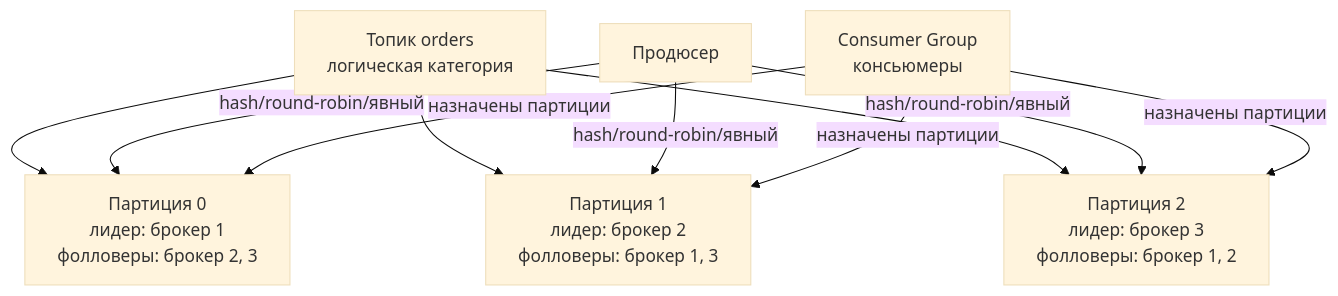
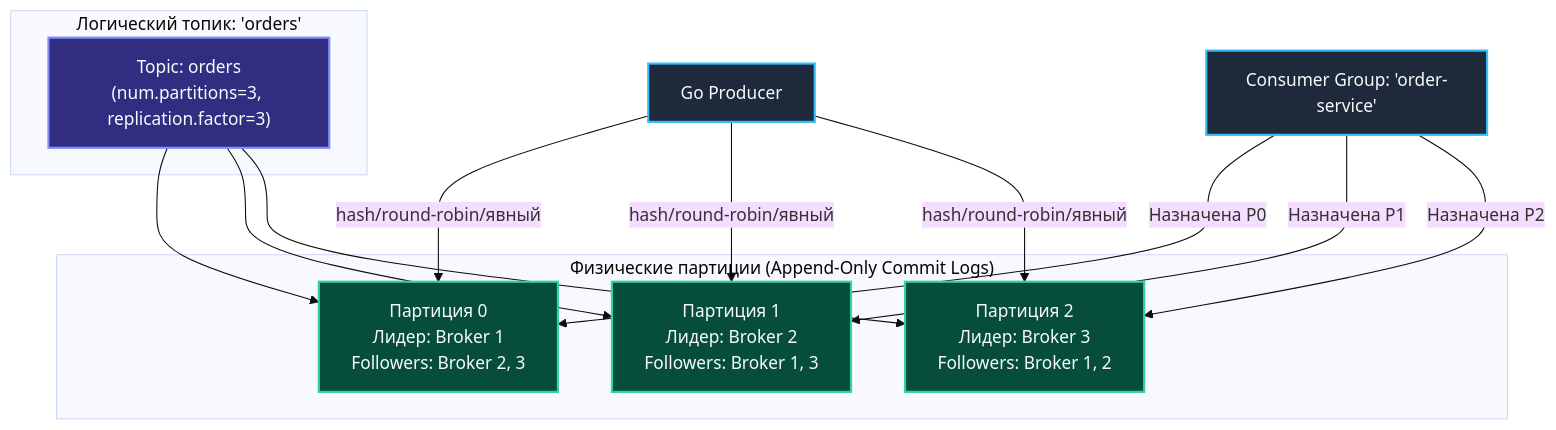
One commit to UnrealTemplier/go-textbook changed the first of 4 diagrams in sources/13. Очереди, брокеры сообщений и оркестраторы/03. Kafka/2. Topics, partitions и offsets.md. Above: the diagram before and after it, drawn with Mermaid (base theme). The commit also changed other lines of this file, not shown here.

````diff
--- a/sources/13. Очереди, брокеры сообщений и оркестраторы/03. Kafka/2. Topics, partitions и offsets.md
+++ b/sources/13. Очереди, брокеры сообщений и оркестраторы/03. Kafka/2. Topics, partitions и offsets.md
@@ -21,12 +24,32 @@
 ```mermaid
 flowchart TD
-    T["Топик orders<br>логическая категория"] --> P0["Партиция 0<br>лидер: брокер 1<br>фолловеры: брокер 2, 3"]
-    T --> P1["Партиция 1<br>лидер: брокер 2<br>фолловеры: брокер 1, 3"]
-    T --> P2["Партиция 2<br>лидер: брокер 3<br>фолловеры: брокер 1, 2"]
-    PR["Продюсер"] -->|"hash/round-robin/явный"| P0
+    subgraph TopicLogical ["Логический топик: 'orders'"]
+        T["Topic: orders<br>(num.partitions=3, replication.factor=3)"]
+    end
+
+    subgraph PartitionsPhysical ["Физические партиции (Append-Only Commit Logs)"]
+        P0["Партиция 0<br>Лидер: Broker 1<br>Followers: Broker 2, 3"]
+        P1["Партиция 1<br>Лидер: Broker 2<br>Followers: Broker 1, 3"]
+        P2["Партиция 2<br>Лидер: Broker 3<br>Followers: Broker 1, 2"]
+    end
+
+    T --> P0
+    T --> P1
+    T --> P2
+
+    PR["Go Producer"] -->|"hash/round-robin/явный"| P0
     PR -->|"hash/round-robin/явный"| P1
     PR -->|"hash/round-robin/явный"| P2
-    C["Consumer Group<br>консьюмеры"] -->|"назначены партиции"| P0
-    C -->|"назначены партиции"| P1
-    C -->|"назначены партиции"| P2
+
+    CG["Consumer Group: 'order-service'"] -->|"Назначена P0"| P0
+    CG -->|"Назначена P1"| P1
+    CG -->|"Назначена P2"| P2
+
+    classDef top fill:#312e81,stroke:#818cf8,stroke-width:2px,color:#f8fafc;
+    classDef part fill:#064e3b,stroke:#34d399,stroke-width:2px,color:#f8fafc;
+    classDef client fill:#1e293b,stroke:#38bdf8,stroke-width:2px,color:#f8fafc;
+
+    class T top;
+    class P0,P1,P2 part;
+    class PR,CG client;
 ```
````
